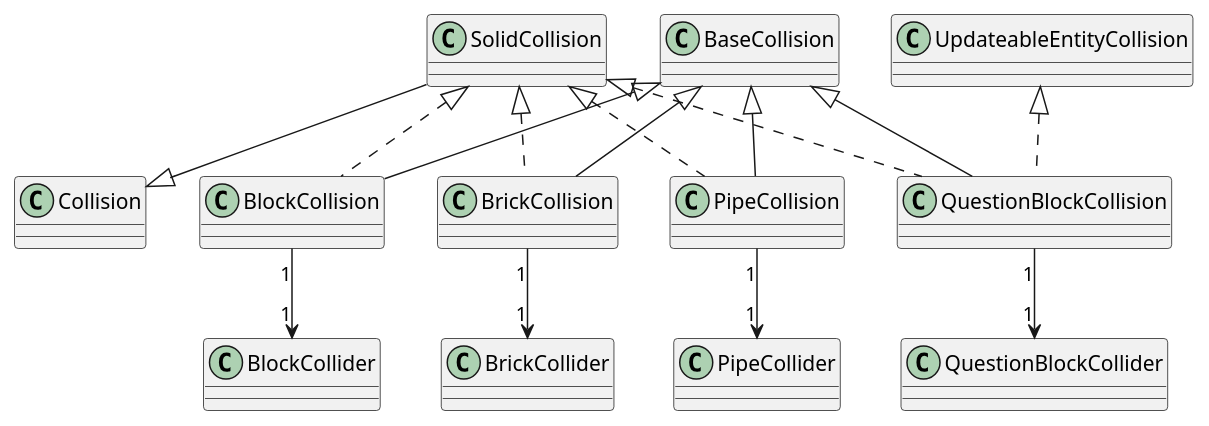
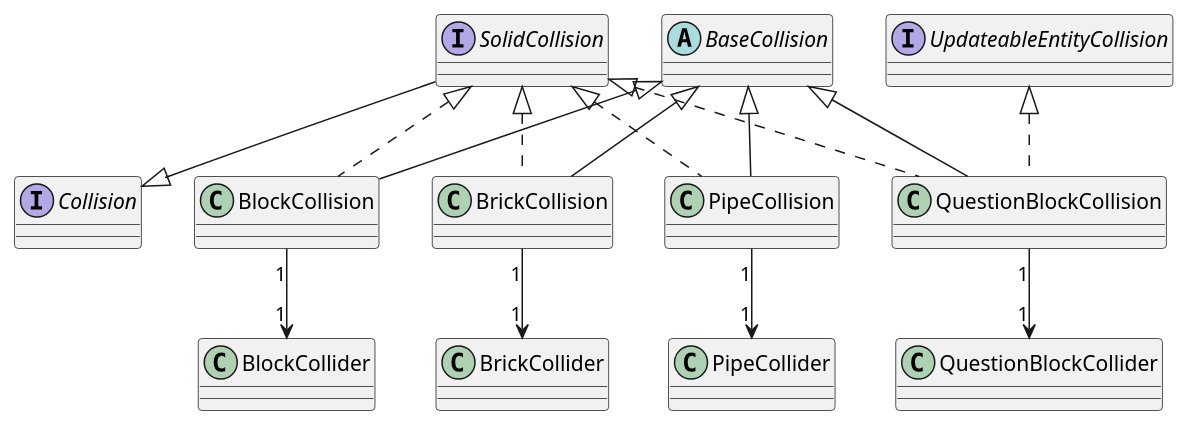
The diagram in Diagramas/diagramas/Reducido parcial/Collisions/Solids/Solids.puml (giuli635/SuperMarioBros), drawn with PlantUML before and after one commit. The commit also changed 24 other files, not shown here.

Commit message:
pequeña revisión del diagrama reducido

```diff
--- a/Diagramas/diagramas/Reducido parcial/Collisions/Solids/Solids.puml
+++ b/Diagramas/diagramas/Reducido parcial/Collisions/Solids/Solids.puml
@@ -1,22 +1,28 @@
 @startuml Solids
+
+abstract BaseCollision
+
+interface SolidCollision
+interface Collision
+interface UpdateableEntityCollision
 
 SolidCollision --|> Collision
 
 BlockCollision .u.|> SolidCollision
 BlockCollision -u-|> BaseCollision 
 BlockCollision "1" --> "1" BlockCollider
 
 BrickCollision .u.|> SolidCollision
 BrickCollision -u-|> BaseCollision 
 BrickCollision "1" --> "1" BrickCollider
 
 PipeCollision .u.|> SolidCollision
 PipeCollision -u-|> BaseCollision 
 PipeCollision "1" --> "1" PipeCollider
 
 QuestionBlockCollision .u.|> SolidCollision
 QuestionBlockCollision .u.|> UpdateableEntityCollision
 QuestionBlockCollision -u-|> BaseCollision 
 QuestionBlockCollision "1" --> "1" QuestionBlockCollider
 
 @enduml
```
